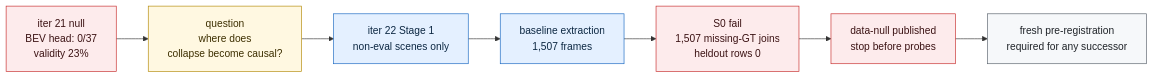
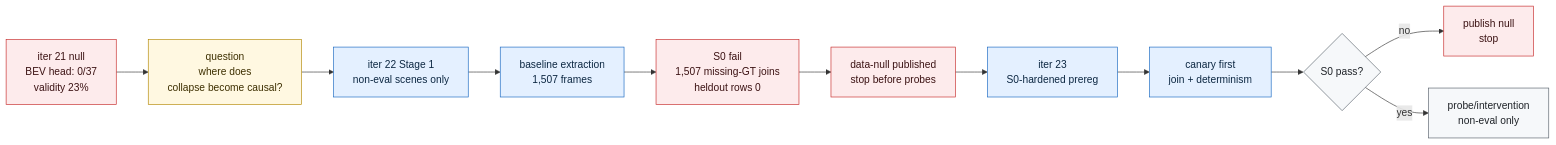
The third of 5 diagrams in README.md (manfromnowhere143/sentinel), drawn with Mermaid before and after one commit. The commit also changed other lines of this file and 3 other files, not shown here.

Commit message:
docs: pre-register iter23 s0 hardened localization

````diff
--- a/README.md
+++ b/README.md
@@ -125,17 +125,21 @@
 ```mermaid
 flowchart LR
   H21["iter 21 null<br/>BEV head: 0/37<br/>validity 23%"] --> Q["question<br/>where does<br/>collapse become causal?"]
   Q --> P22["iter 22 Stage 1<br/>non-eval scenes only"]
   P22 --> E22["baseline extraction<br/>1,507 frames"]
   E22 --> F22["S0 fail<br/>1,507 missing-GT joins<br/>heldout rows 0"]
   F22 --> N22["data-null published<br/>stop before probes"]
-  N22 --> R22["fresh pre-registration<br/>required for any successor"]
+  N22 --> I23["iter 23<br/>S0-hardened prereg"]
+  I23 --> C23["canary first<br/>join + determinism"]
+  C23 --> G23{"S0 pass?"}
+  G23 -- "no" --> X23["publish null<br/>stop"]
+  G23 -- "yes" --> P23["probe/intervention<br/>non-eval only"]
   classDef bad fill:#fdebec,stroke:#c62828,color:#3b1213;
   classDef ask fill:#fff8e1,stroke:#b28704,color:#3d2f00;
   classDef active fill:#e4f0ff,stroke:#1565c0,color:#0c2742;
   classDef gate fill:#f6f8fa,stroke:#57606a,color:#1f2328;
-  class H21,F22,N22 bad;
+  class H21,F22,N22,X23 bad;
   class Q ask;
-  class P22,E22 active;
-  class R22 gate;
+  class P22,E22,I23,C23 active;
+  class G23,P23 gate;
 ```
````
